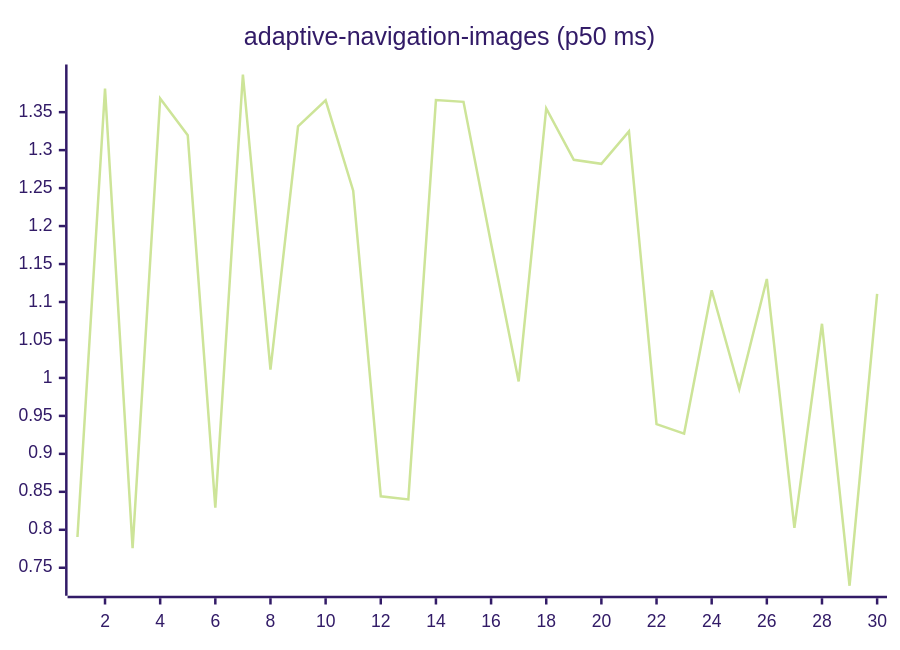
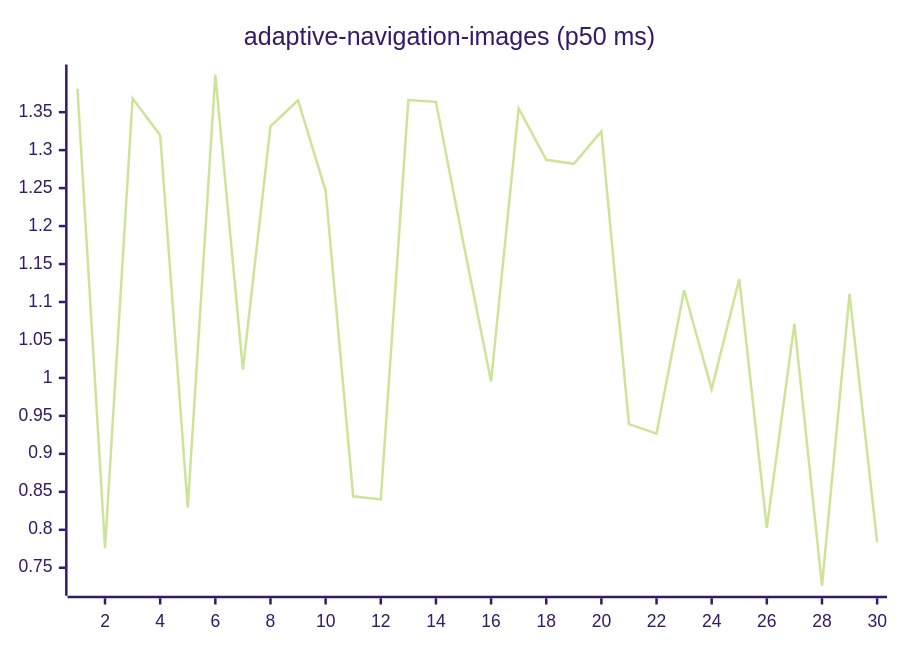
Before and after one commit to josha/Facet: the first of 27 diagrams in README.md, drawn with Mermaid (forest theme). The commit also changed other lines of this file and 2 other files, not shown here.

````diff
--- a/README.md
+++ b/README.md
@@ -63,6 +63,6 @@
 ```mermaid
 xychart-beta
     title "adaptive-navigation-images (p50 ms)"
     x-axis 1 --> 30
-    line [0.7905, 1.3810, 0.7758, 1.3680, 1.3197, 0.8291, 1.3996, 1.0110, 1.3313, 1.3656, 1.2466, 0.8441, 0.8400, 1.3659, 1.3636, 1.1770, 0.9954, 1.3550, 1.2872, 1.2820, 1.3247, 0.9391, 0.9267, 1.1155, 0.9853, 1.1303, 0.8026, 1.0713, 0.7263, 1.1106]
+    line [1.3810, 0.7758, 1.3680, 1.3197, 0.8291, 1.3996, 1.0110, 1.3313, 1.3656, 1.2466, 0.8441, 0.8400, 1.3659, 1.3636, 1.1770, 0.9954, 1.3550, 1.2872, 1.2820, 1.3247, 0.9391, 0.9267, 1.1155, 0.9853, 1.1303, 0.8026, 1.0713, 0.7263, 1.1106, 0.7839]
 ```
````
